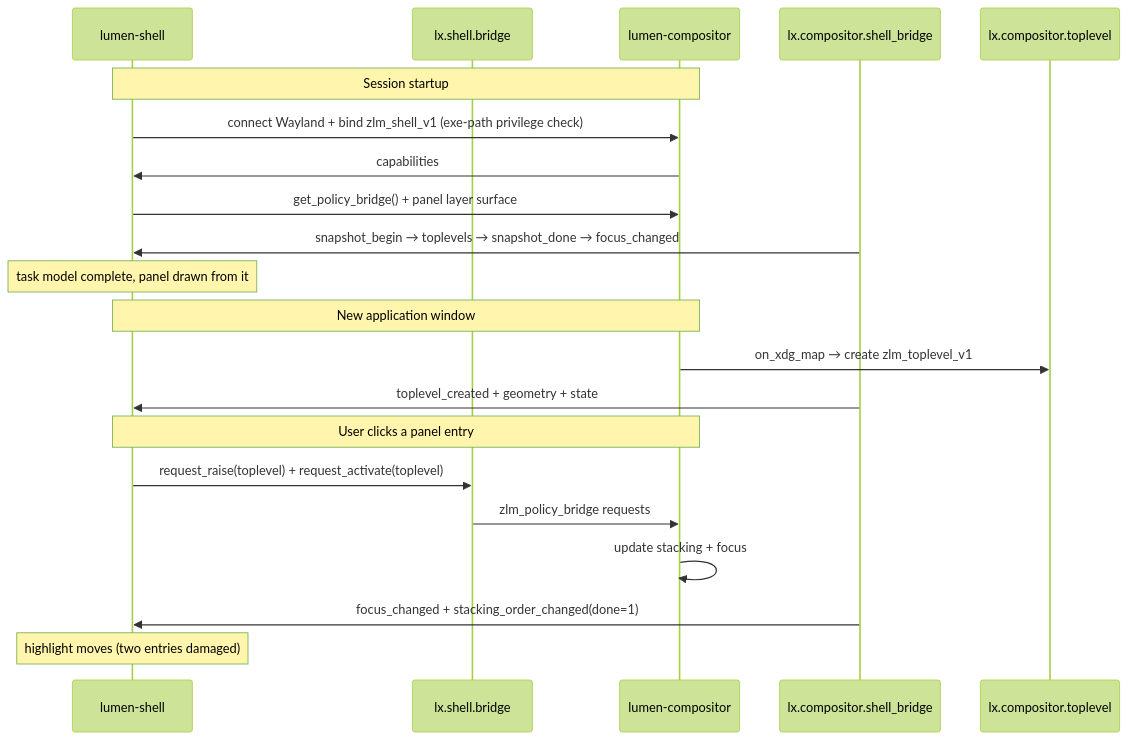
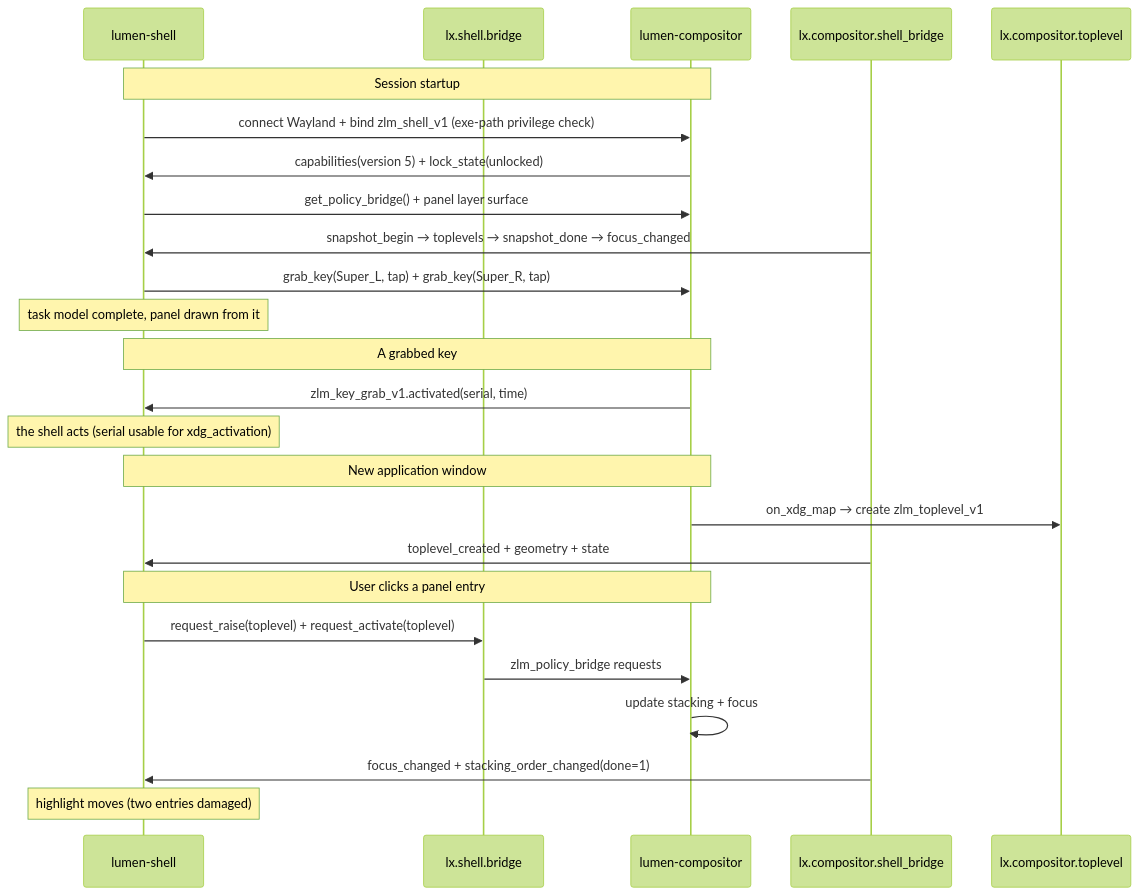
The fourth of 9 diagrams in docs/architecture.md (dimmus/lumen), drawn with Mermaid (forest theme) before and after one commit. The commit also changed other lines of this file and 121 other files, not shown here.

````diff
--- a/docs/architecture.md
+++ b/docs/architecture.md
@@ -668,26 +1026,31 @@
 ```mermaid
 sequenceDiagram
     participant Shell as lumen-shell
     participant Bridge as lx.shell.bridge
     participant Comp as lumen-compositor
     participant Srv as lx.compositor.shell_bridge
     participant Top as lx.compositor.toplevel
 
     Note over Shell,Comp: Session startup
     Shell->>Comp: connect Wayland + bind zlm_shell_v1 (exe-path privilege check)
-    Comp->>Shell: capabilities
+    Comp->>Shell: capabilities(version 5) + lock_state(unlocked)
     Shell->>Comp: get_policy_bridge() + panel layer surface
     Srv->>Shell: snapshot_begin → toplevels → snapshot_done → focus_changed
+    Shell->>Comp: grab_key(Super_L, tap) + grab_key(Super_R, tap)
     Note over Shell: task model complete, panel drawn from it
+
+    Note over Shell,Comp: A grabbed key
+    Comp->>Shell: zlm_key_grab_v1.activated(serial, time)
+    Note over Shell: the shell acts (serial usable for xdg_activation)
 
     Note over Shell,Comp: New application window
     Comp->>Top: on_xdg_map → create zlm_toplevel_v1
     Srv->>Shell: toplevel_created + geometry + state
 
     Note over Shell,Comp: User clicks a panel entry
     Shell->>Bridge: request_raise(toplevel) + request_activate(toplevel)
     Bridge->>Comp: zlm_policy_bridge requests
     Comp->>Comp: update stacking + focus
     Srv->>Shell: focus_changed + stacking_order_changed(done=1)
     Note over Shell: highlight moves (two entries damaged)
 ```
````
